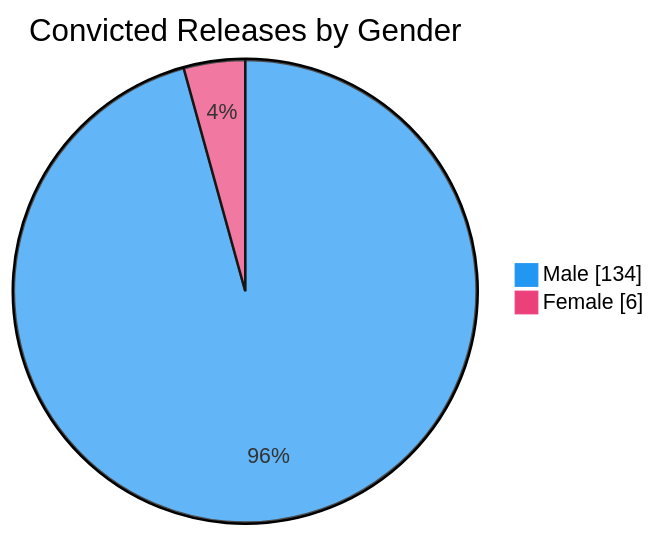
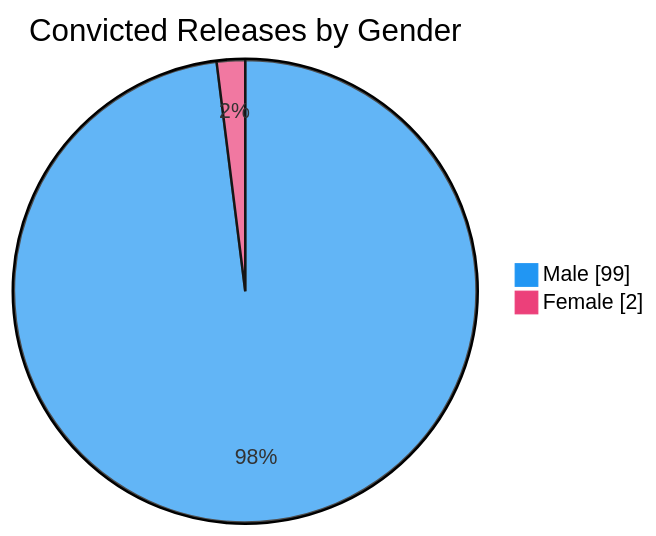
One commit to nuuuwan/lk_prisons changed the sixth of 7 diagrams in README.md. Above: the diagram before and after it, drawn with Mermaid. The commit also changed other lines of this file and 1 other file, not shown here.

````diff
--- a/README.md
+++ b/README.md
@@ -98,6 +98,6 @@
 ```mermaid
 %%{init: {'themeVariables': {'pie1': '#2196F3', 'pie2': '#EC407A'}}}%%
 pie showData title Convicted Releases by Gender
-    "Male" : 134
-    "Female" : 6
+    "Male" : 99
+    "Female" : 2
 ```
````
